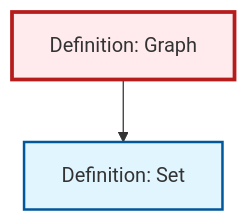
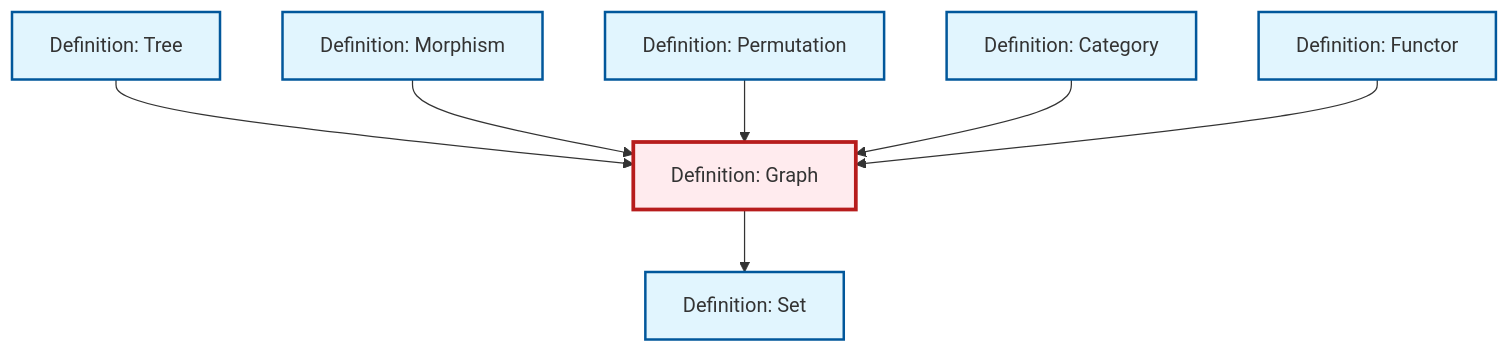
The diagram in content/en/combinatorics/def-graph.qmd (RK0429/ModernMath), drawn with Mermaid before and after one commit. The commit also changed 434 other files, not shown here.

````diff
--- a/content/en/combinatorics/def-graph.qmd
+++ b/content/en/combinatorics/def-graph.qmd
@@ -90,14 +90,29 @@
 ```{mermaid}
 %%| fig-cap: "Local dependency graph"
 graph TD
     classDef definition fill:#e1f5fe,stroke:#01579b,stroke-width:2px
     classDef theorem fill:#f3e5f5,stroke:#4a148c,stroke-width:2px
     classDef axiom fill:#fff3e0,stroke:#e65100,stroke-width:2px
     classDef example fill:#e8f5e9,stroke:#1b5e20,stroke-width:2px
     classDef current fill:#ffebee,stroke:#b71c1c,stroke-width:3px
+    def-set["Definition: Set"]:::definition
+    def-morphism["Definition: Morphism"]:::definition
+    def-category["Definition: Category"]:::definition
     def-graph["Definition: Graph"]:::definition
-    def-set["Definition: Set"]:::definition
+    def-permutation["Definition: Permutation"]:::definition
+    def-functor["Definition: Functor"]:::definition
+    def-tree["Definition: Tree"]:::definition
+    def-tree --> def-graph
+    def-morphism --> def-graph
     def-graph --> def-set
+    def-permutation --> def-graph
+    def-category --> def-graph
+    def-functor --> def-graph
     class def-graph current
     click def-set "def-set.html" "Go to Set definition"
+    click def-morphism "def-morphism.html" "Go to Morphism definition"
+    click def-category "def-category.html" "Go to Category definition"
+    click def-permutation "def-permutation.html" "Go to Permutation definition"
+    click def-functor "def-functor.html" "Go to Functor definition"
+    click def-tree "def-tree.html" "Go to Tree definition"
 ```
````
